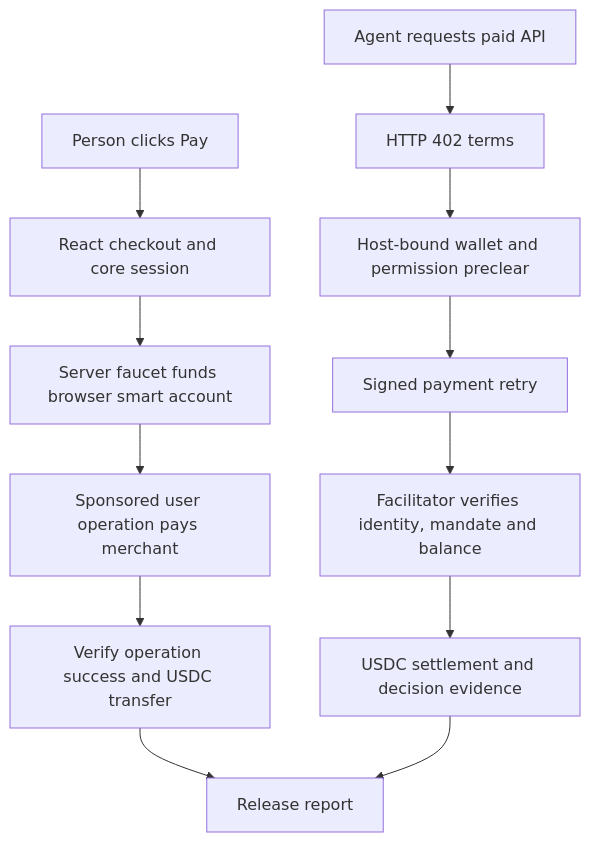
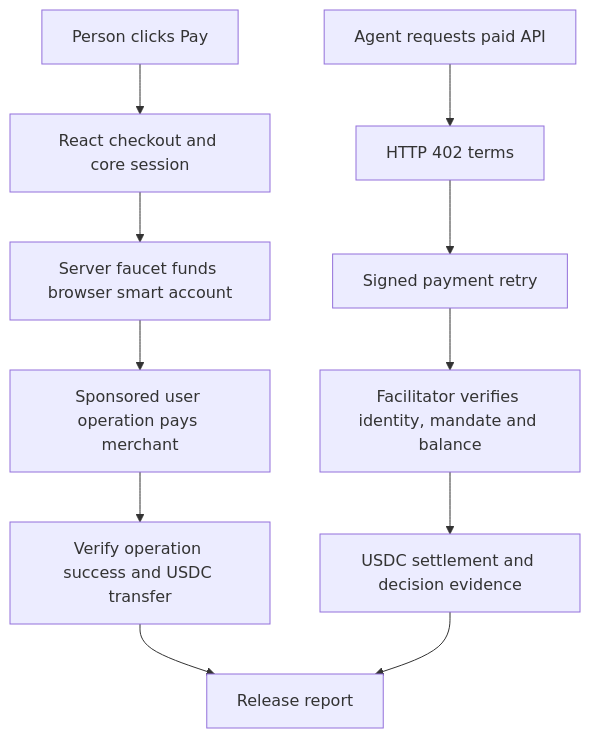
The diagram in docs/case-study.md (hivinaynair/lycoris), drawn with Mermaid before and after one commit. The commit also changed other lines of this file and 36 other files, not shown here.

````diff
--- a/docs/case-study.md
+++ b/docs/case-study.md
@@ -36,14 +36,13 @@
 ```mermaid
 flowchart TD
   Person[Person clicks Pay] --> Core[React checkout and core session]
   Core --> Faucet[Server faucet funds browser smart account]
   Faucet --> Operation[Sponsored user operation pays merchant]
   Operation --> Receipt[Verify operation success and USDC transfer]
   Receipt --> Report[Release report]
   Agent[Agent requests paid API] --> Challenge[HTTP 402 terms]
-  Challenge --> Preclear[Host-bound wallet and permission preclear]
-  Preclear --> Retry[Signed payment retry]
+  Challenge --> Retry[Signed payment retry]
   Retry --> Facilitator[Facilitator verifies identity, mandate and balance]
   Facilitator --> Settlement[USDC settlement and decision evidence]
   Settlement --> Report
 ```
````
